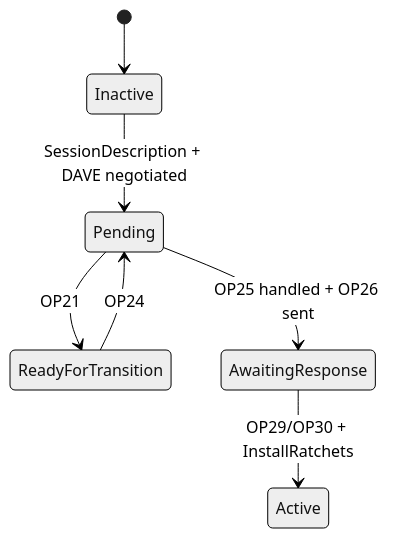
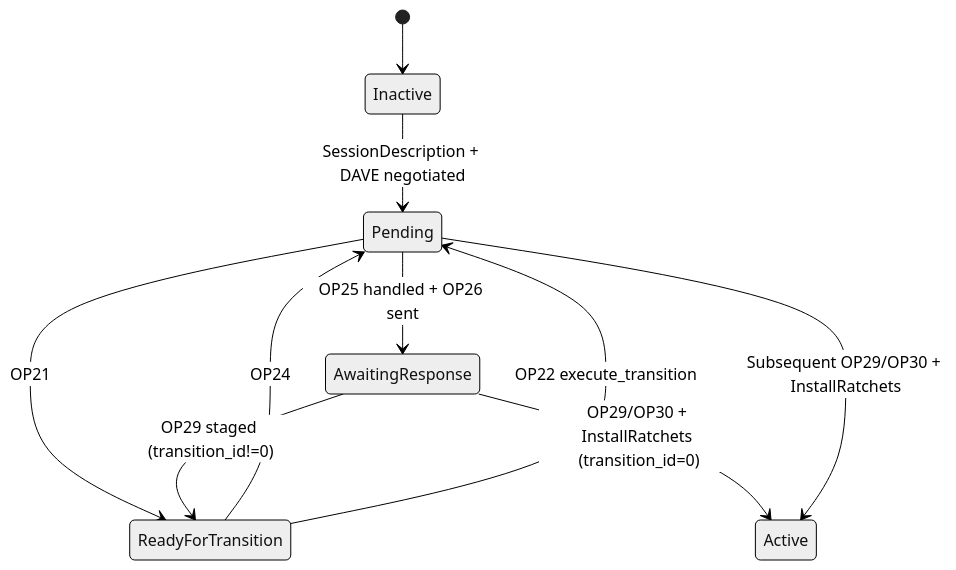
One commit to Aiko-IT-Systems/DisCatSharp changed the third of 5 diagrams in DisCatSharp.Docs/articles/modules/audio/voice/architecture.md. Above: the diagram before and after it, drawn with Mermaid (neutral theme). The commit also changed other lines of this file and 2 other files, not shown here.

Commit message:
docs(voice): clarify DAVE transition flow and per-connection debug logging

````diff
--- a/DisCatSharp.Docs/articles/modules/audio/voice/architecture.md
+++ b/DisCatSharp.Docs/articles/modules/audio/voice/architecture.md
@@ -100,9 +107,12 @@
 ```mermaid
 stateDiagram-v2
     [*] --> Inactive
     Inactive --> Pending: SessionDescription + DAVE negotiated
     Pending --> ReadyForTransition: OP21
     ReadyForTransition --> Pending: OP24
     Pending --> AwaitingResponse: OP25 handled + OP26 sent
-    AwaitingResponse --> Active: OP29/OP30 + InstallRatchets
+    AwaitingResponse --> Active: OP29/OP30 + InstallRatchets (transition_id=0)
+    AwaitingResponse --> ReadyForTransition: OP29 staged (transition_id!=0)
+    ReadyForTransition --> Pending: OP22 execute_transition
+    Pending --> Active: Subsequent OP29/OP30 + InstallRatchets
 ```
````
